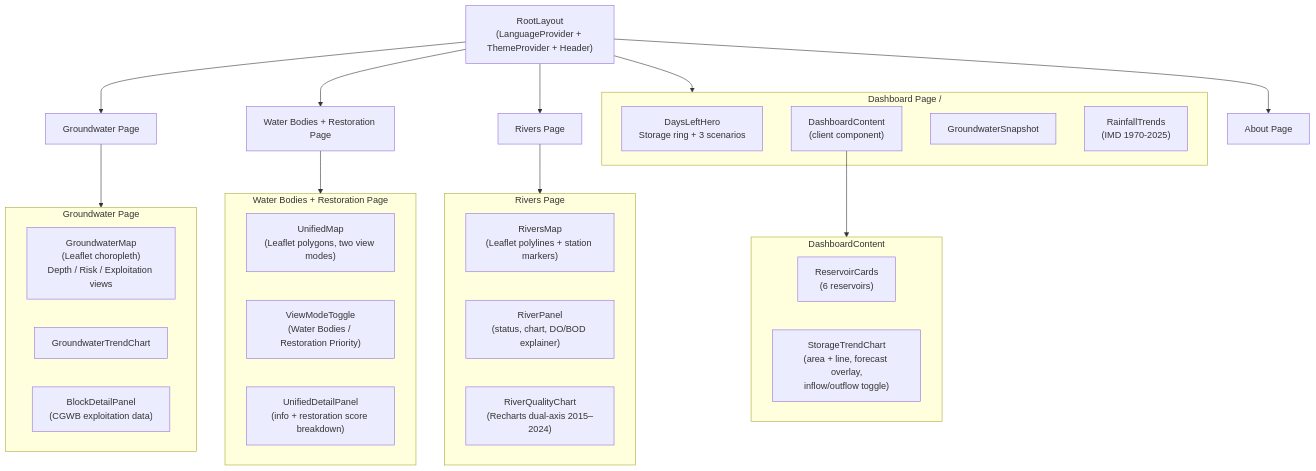
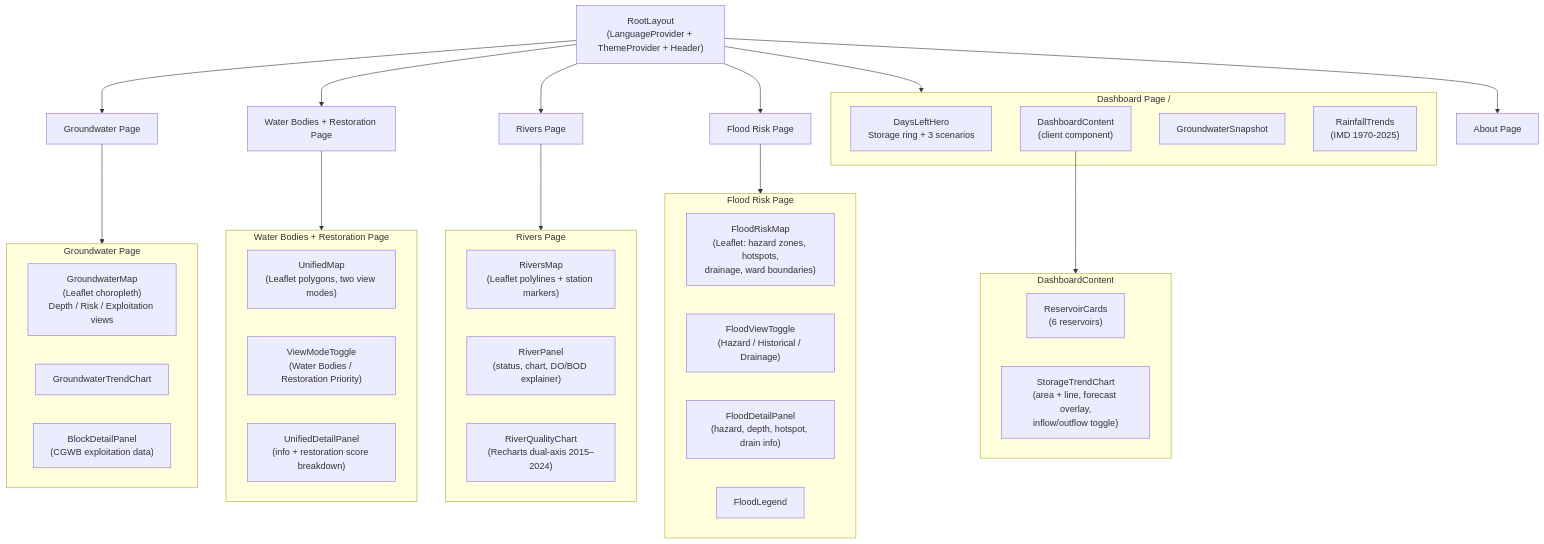
One commit to SundareshPrasanna/neer-vazhvu changed the fifth of 5 diagrams in ARCHITECTURE.md. Above: the diagram before and after it, drawn with Mermaid. The commit also changed other lines of this file and 10 other files, not shown here.

First line of the commit message:
feat: replace OSM drainage with GCC storm water drain data and update docs

````diff
--- a/ARCHITECTURE.md
+++ b/ARCHITECTURE.md
@@ -294,48 +296,58 @@
 ```mermaid
 graph TD
     Layout["RootLayout<br/>(LanguageProvider + ThemeProvider + Header)"]
 
     Layout --> Dashboard
     Layout --> GW["Groundwater Page"]
     Layout --> WB["Water Bodies + Restoration Page"]
     Layout --> RV["Rivers Page"]
+    Layout --> FR["Flood Risk Page"]
     Layout --> About["About Page"]
 
     subgraph Dashboard["Dashboard Page /"]
         DLH["DaysLeftHero<br/>Storage ring + 3 scenarios"]
         DC["DashboardContent<br/>(client component)"]
         GWS["GroundwaterSnapshot"]
         RT["RainfallTrends<br/>(IMD 1970-2025)"]
     end
 
     subgraph DC_Children["DashboardContent"]
         RC["ReservoirCards<br/>(6 reservoirs)"]
         STC["StorageTrendChart<br/>(area + line, forecast overlay,<br/>inflow/outflow toggle)"]
     end
 
     DC --> DC_Children
 
     subgraph GW_Children["Groundwater Page"]
         GM["GroundwaterMap<br/>(Leaflet choropleth)<br/>Depth / Risk / Exploitation views"]
         GT["GroundwaterTrendChart"]
         BDP["BlockDetailPanel<br/>(CGWB exploitation data)"]
     end
 
     GW --> GW_Children
 
     subgraph RV_Children["Rivers Page"]
         RM["RiversMap<br/>(Leaflet polylines + station markers)"]
         RP["RiverPanel<br/>(status, chart, DO/BOD explainer)"]
         RQC["RiverQualityChart<br/>(Recharts dual-axis 2015–2024)"]
     end
 
     RV --> RV_Children
 
     subgraph WB_Children["Water Bodies + Restoration Page"]
         UM["UnifiedMap<br/>(Leaflet polygons, two view modes)"]
         VMT["ViewModeToggle<br/>(Water Bodies / Restoration Priority)"]
         UDP["UnifiedDetailPanel<br/>(info + restoration score breakdown)"]
     end
 
     WB --> WB_Children
+
+    subgraph FR_Children["Flood Risk Page"]
+        FRM["FloodRiskMap<br/>(Leaflet: hazard zones, hotspots,<br/>drainage, ward boundaries)"]
+        FVT["FloodViewToggle<br/>(Hazard / Historical / Drainage)"]
+        FDP["FloodDetailPanel<br/>(hazard, depth, hotspot, drain info)"]
+        FLG["FloodLegend"]
+    end
+
+    FR --> FR_Children
 ```
````
